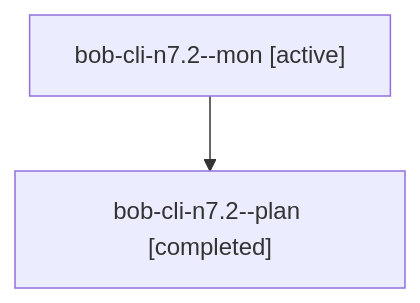
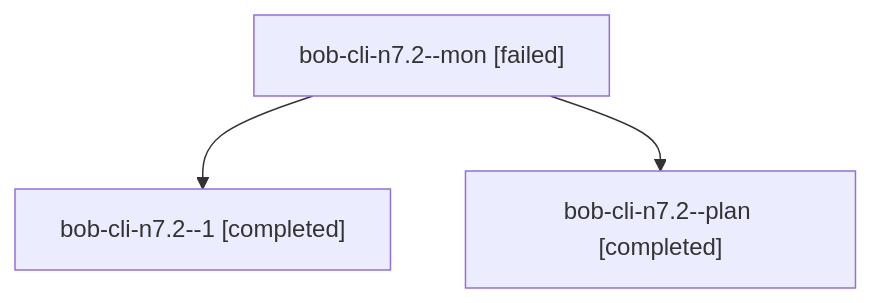
The diagram in sessions/bbugyi200.athena.bob-cli-n7.2.md (bobs-org/bob-cli--agents), drawn with Mermaid before and after one commit. The commit also changed other lines of this file and 57 other files, not shown here.

````diff
--- a/sessions/bbugyi200.athena.bob-cli-n7.2.md
+++ b/sessions/bbugyi200.athena.bob-cli-n7.2.md
@@ -9,6 +9,8 @@
 ```mermaid
 flowchart TD
-  n0["bob-cli-n7.2--mon [active]"]
-  n1["bob-cli-n7.2--plan [completed]"]
+  n0["bob-cli-n7.2--mon [failed]"]
+  n1["bob-cli-n7.2--1 [completed]"]
   n0 --> n1
+  n2["bob-cli-n7.2--plan [completed]"]
+  n0 --> n2
 ```
````
